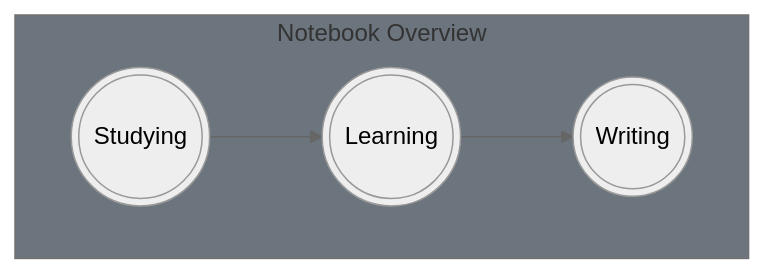
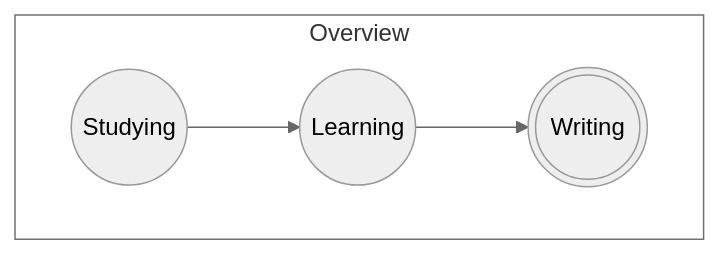
The first of 2 diagrams in README.md (aurelius-shu/lmsl), drawn with Mermaid (neutral theme) before and after one commit. The commit also changed other lines of this file and 2 other files, not shown here.

````diff
--- a/README.md
+++ b/README.md
@@ -1,11 +1,8 @@
 ```mermaid
-flowchart LR
-  subgraph bg [Notebook Overview]
+flowchart TB
+  subgraph overview [Overview]
     direction LR
-    studying(((Studying))) --> learning(((Learning))) --> writing(((Writing)))
-    click studying "./studying/readme.md" _self
-    click learning "learning/readme.md" "Learning"
-    click writing "./writing/readme.md" "Writing"
+    studying((Studying)) --> learning((Learning)) --> writing(((Writing)))
   end
-  style bg fill:#6c757d
+  style overview fill:#fff
 ```
````
